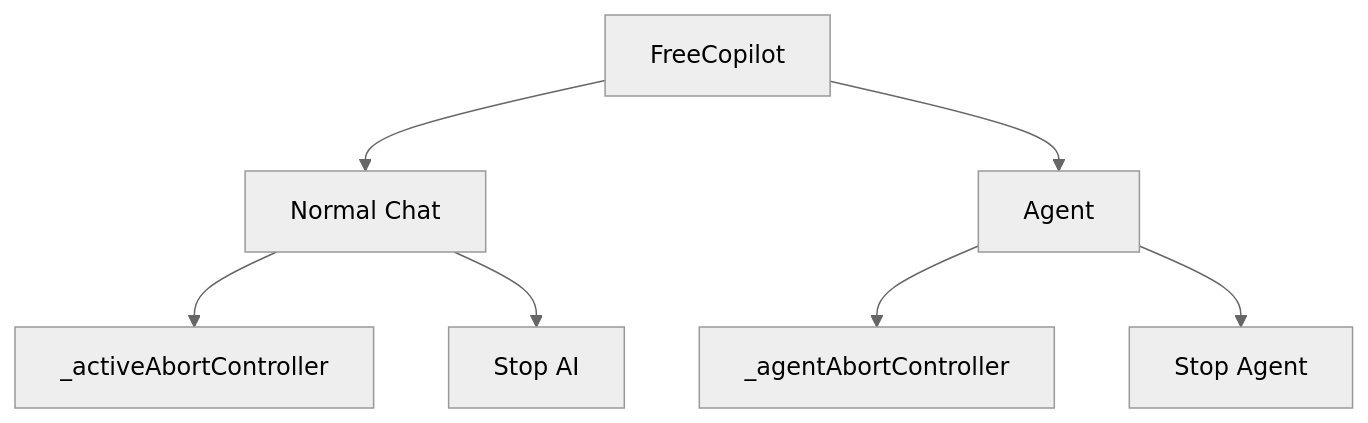
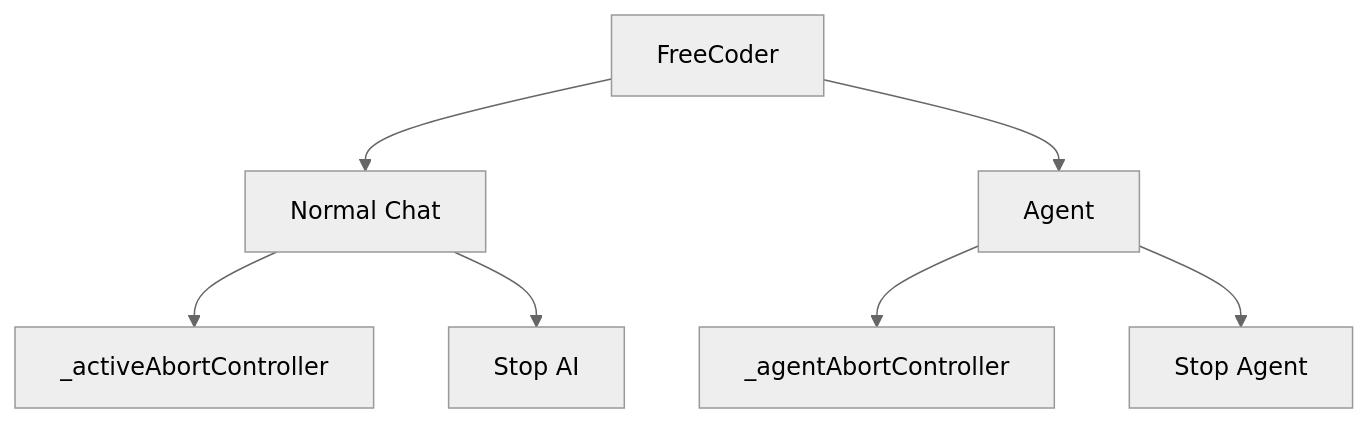
Before and after one commit to Jiteshsharma01/freecoder: the fourth of 8 diagrams in README.md, drawn with Mermaid (neutral theme). The commit also changed other lines of this file and 16 other files, not shown here.

````diff
--- a/README.md
+++ b/README.md
@@ -330,9 +330,9 @@
 ```mermaid
 flowchart TD
-    A[FreeCopilot] --> B[Normal Chat]
+    A[FreeCoder] --> B[Normal Chat]
     A --> C[Agent]
     B --> D[_activeAbortController]
     C --> E[_agentAbortController]
     B --> F[Stop AI]
     C --> G[Stop Agent]
 ```
````
